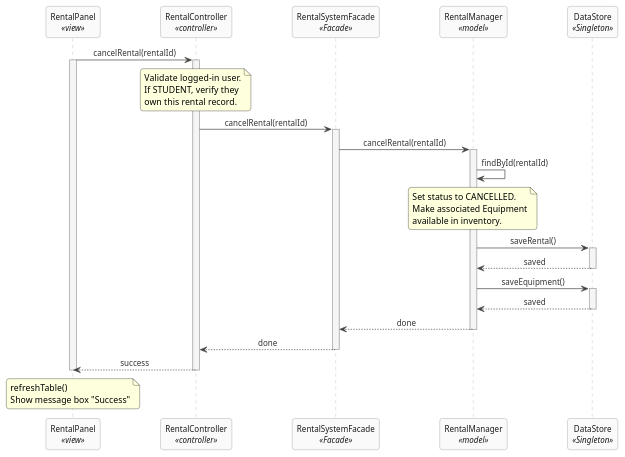
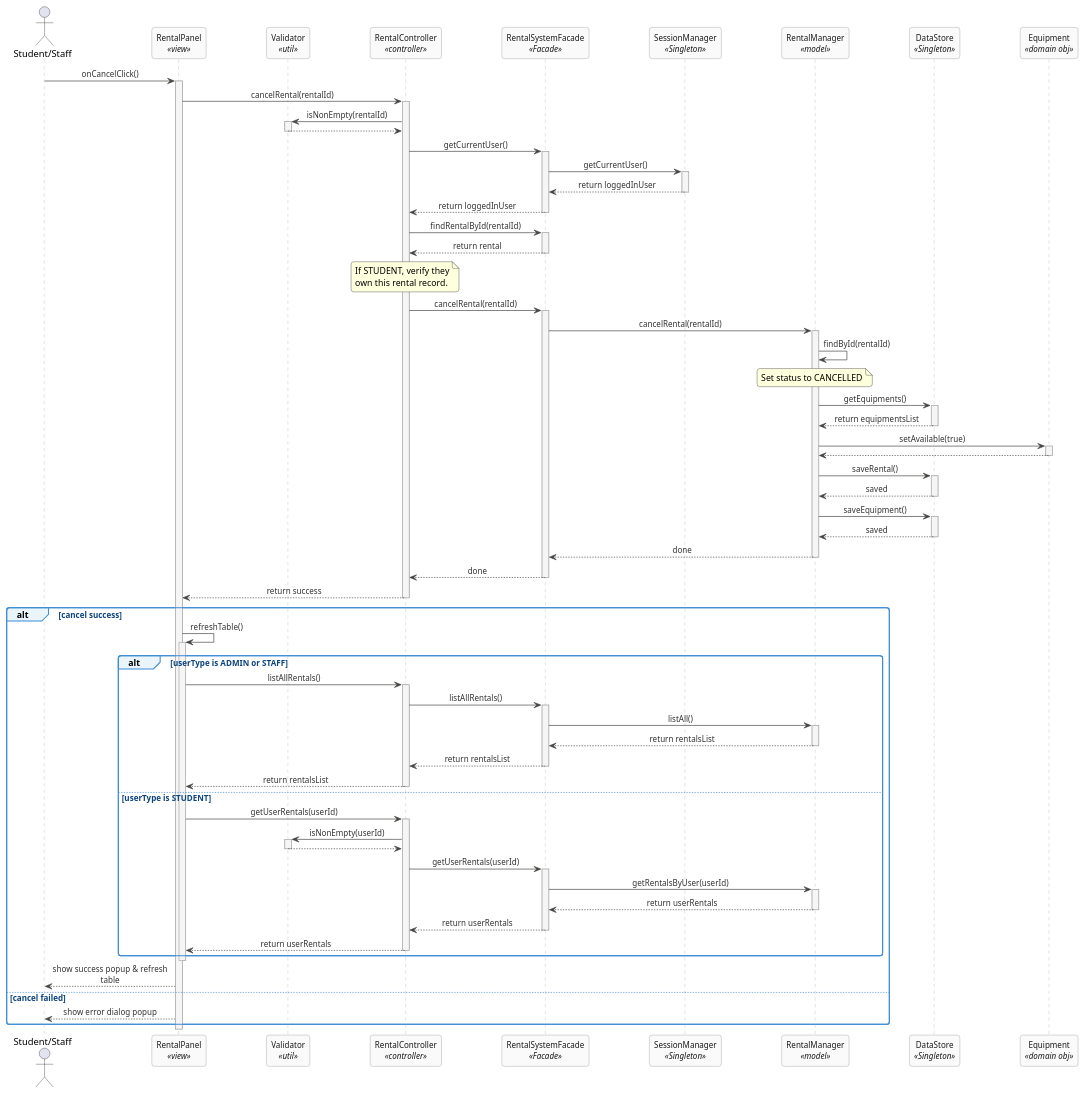
One commit to sarafidi/G1_SmartEquipmentRental-BillingSystem changed the diagram in diagrams/FINAL_sequence_cancel_rental.puml. Above: the diagram before and after it, drawn with PlantUML. The commit also changed 5 other files, not shown here.

```diff
--- a/diagrams/FINAL_sequence_cancel_rental.puml
+++ b/diagrams/FINAL_sequence_cancel_rental.puml
@@ -1,81 +1,163 @@
 @startuml CancelRental
 
 skinparam sequenceMessageAlign center
 skinparam responseMessageBelowArrow true
 skinparam maxMessageSize 200
 skinparam roundcorner 8
 skinparam shadowing false
 skinparam stereotypePosition bottom
 skinparam ParticipantPadding 40
 
 skinparam participant {
   BackgroundColor #FAFAFA
   BorderColor     #888888
   FontColor       #1A1A1A
   FontSize        12
 }
 
 skinparam sequence {
   ArrowColor              #444441
   ArrowFontSize           12
   ArrowFontColor          #333333
   LifeLineBorderColor     #AAAAAA
   LifeLineBackgroundColor #F5F5F5
   GroupBackgroundColor    #EAF4FB
   GroupBorderColor        #3B8BD4
   GroupFontColor          #0C447C
   GroupFontSize           12
   NoteBackgroundColor     #FFF8E8
   NoteBorderColor         #AAAAAA
   NoteFontSize            12
 }
 
+actor "Student/Staff" as Actor
 participant "RentalPanel" as View <<view>>
+participant "Validator" as Val <<util>>
 participant "RentalController" as Ctrl <<controller>>
 participant "RentalSystemFacade" as Facade <<Facade>>
+participant "SessionManager" as Session <<Singleton>>
 participant "RentalManager" as RentMgr <<model>>
 participant "DataStore" as DS <<Singleton>>
+participant "Equipment" as EquipObj <<domain obj>>
 
 ' ===================================================
 ' MESSAGE FLOW
 ' ===================================================
 
+Actor -> View : onCancelClick()
+activate View
+
+' View calls Controller
 View -> Ctrl : cancelRental(rentalId)
-activate View
 activate Ctrl
 
-' Controller Security Check
-note over Ctrl : Validate logged-in user.\nIf STUDENT, verify they\nown this rental record.
+' Controller Input Validation
+Ctrl -> Val : isNonEmpty(rentalId)
+activate Val
+Val --> Ctrl
+deactivate Val
 
+' Security Check
+Ctrl -> Facade : getCurrentUser()
+activate Facade
+Facade -> Session : getCurrentUser()
+activate Session
+Session --> Facade : return loggedInUser
+deactivate Session
+Facade --> Ctrl : return loggedInUser
+deactivate Facade
+
+Ctrl -> Facade : findRentalById(rentalId)
+activate Facade
+Facade --> Ctrl : return rental
+deactivate Facade
+
+note over Ctrl : If STUDENT, verify they\nown this rental record.
+
+' Step 2 — Controller calls Facade
 Ctrl -> Facade : cancelRental(rentalId)
 activate Facade
 
+' Step 3 — Facade calls RentalManager
 Facade -> RentMgr : cancelRental(rentalId)
 activate RentMgr
 
 RentMgr -> RentMgr : findById(rentalId)
-note over RentMgr : Set status to CANCELLED.\nMake associated Equipment\navailable in inventory.
+note over RentMgr : Set status to CANCELLED
 
+RentMgr -> DS : getEquipments()
+activate DS
+DS --> RentMgr : return equipmentsList
+deactivate DS
+
+RentMgr -> EquipObj : setAvailable(true)
+activate EquipObj
+EquipObj --> RentMgr
+deactivate EquipObj
+
+' Step 4 — Save model changes
 RentMgr -> DS : saveRental()
 activate DS
 DS --> RentMgr : saved
 deactivate DS
 
 RentMgr -> DS : saveEquipment()
 activate DS
 DS --> RentMgr : saved
 deactivate DS
 
 RentMgr --> Facade : done
 deactivate RentMgr
 
 Facade --> Ctrl : done
 deactivate Facade
 
-Ctrl --> View : success
+Ctrl --> View : return success
 deactivate Ctrl
 
-note over View : refreshTable()\nShow message box "Success"
+' Post-cancel actions (alt block for table refresh)
+alt cancel success
+  View -> View : refreshTable()
+  activate View
+  
+  alt userType is ADMIN or STAFF
+    View -> Ctrl : listAllRentals()
+    activate Ctrl
+    Ctrl -> Facade : listAllRentals()
+    activate Facade
+    Facade -> RentMgr : listAll()
+    activate RentMgr
+    RentMgr --> Facade : return rentalsList
+    deactivate RentMgr
+    Facade --> Ctrl : return rentalsList
+    deactivate Facade
+    Ctrl --> View : return rentalsList
+    deactivate Ctrl
+  else userType is STUDENT
+    View -> Ctrl : getUserRentals(userId)
+    activate Ctrl
+    
+    Ctrl -> Val : isNonEmpty(userId)
+    activate Val
+    Val --> Ctrl
+    deactivate Val
+    
+    Ctrl -> Facade : getUserRentals(userId)
+    activate Facade
+    Facade -> RentMgr : getRentalsByUser(userId)
+    activate RentMgr
+    RentMgr --> Facade : return userRentals
+    deactivate RentMgr
+    Facade --> Ctrl : return userRentals
+    deactivate Facade
+    Ctrl --> View : return userRentals
+    deactivate Ctrl
+  end
+  deactivate View
+  View --> Actor : show success popup & refresh table
+else cancel failed
+  View --> Actor : show error dialog popup
+end
 deactivate View
 
 @enduml
```
